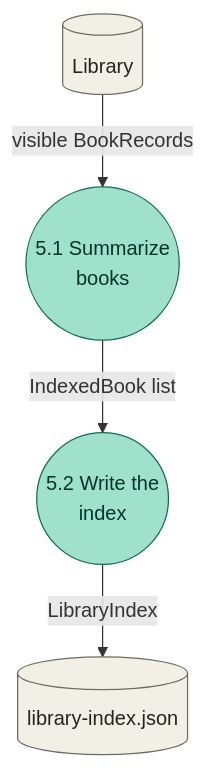
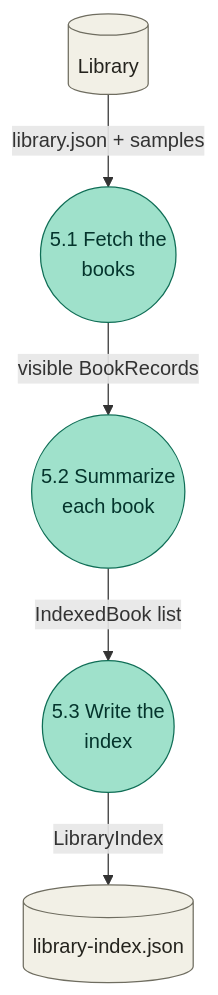
One commit to AftrHours/iRead changed the sixth of 6 diagrams in docs/DFD-share-import.md. Above: the diagram before and after it, drawn with Mermaid. The commit also changed other lines of this file and 16 other files, not shown here.

````diff
--- a/docs/DFD-share-import.md
+++ b/docs/DFD-share-import.md
@@ -263,14 +275,16 @@
 ```mermaid
 flowchart TD
     LB[("Library")]:::store
     LI[("library-index.json")]:::store
-    P51(("5.1 Summarize<br/>books")):::app
-    P52(("5.2 Write the<br/>index")):::app
+    P51(("5.1 Fetch the<br/>books")):::app
+    P52(("5.2 Summarize<br/>each book")):::app
+    P53(("5.3 Write the<br/>index")):::app
 
-    LB -->|"visible BookRecords"| P51
-    P51 -->|"IndexedBook list"| P52
-    P52 -->|"LibraryIndex"| LI
+    LB -->|"library.json + samples"| P51
+    P51 -->|"visible BookRecords"| P52
+    P52 -->|"IndexedBook list"| P53
+    P53 -->|"LibraryIndex"| LI
 
     classDef app fill:#9fe1cb,stroke:#0f6e56,color:#04342c
     classDef store fill:#f2f0e6,stroke:#6f6d60,color:#24231d
 ```
````
